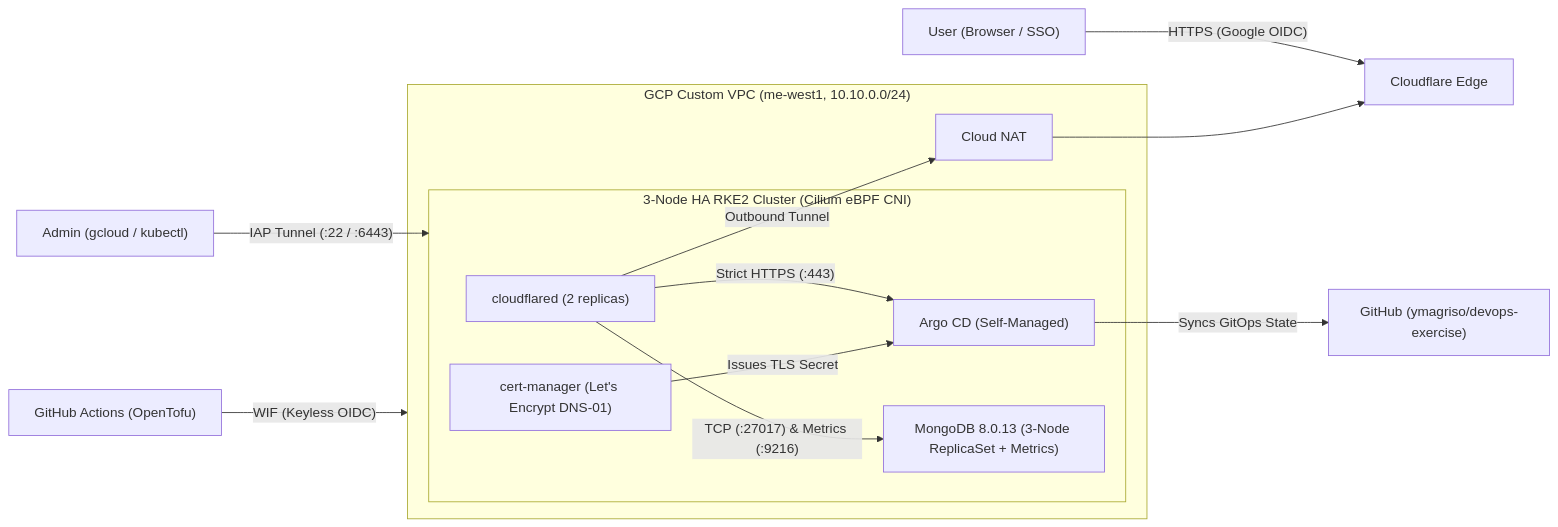
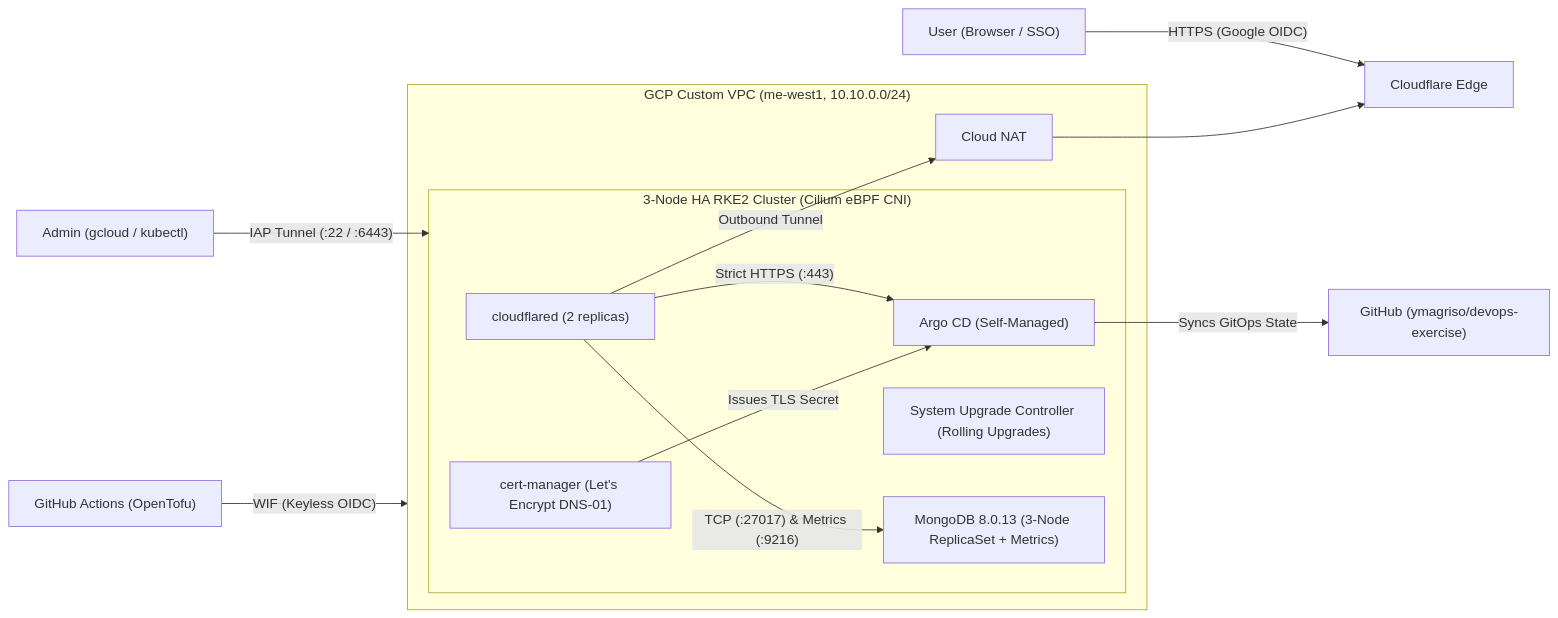
One commit to ymagriso/devops-exercise changed the diagram in README.md. Above: the diagram before and after it, drawn with Mermaid. The commit also changed other lines of this file and 3 other files, not shown here.

Commit message:
docs: document System Upgrade Controller, rolling upgrades, and VM guardrails (#43)

````diff
--- a/README.md
+++ b/README.md
@@ -11,22 +11,23 @@
 ```mermaid
 flowchart LR
     Admin["Admin (gcloud / kubectl)"] -->|"IAP Tunnel (:22 / :6443)"| RKE2
     User["User (Browser / SSO)"] -->|"HTTPS (Google OIDC)"| CF["Cloudflare Edge"]
     CI["GitHub Actions (OpenTofu)"] -->|"WIF (Keyless OIDC)"| GCP
     subgraph GCP["GCP Custom VPC (me-west1, 10.10.0.0/24)"]
         NAT["Cloud NAT"]
         subgraph RKE2["3-Node HA RKE2 Cluster (Cilium eBPF CNI)"]
             CFD["cloudflared (2 replicas)"]
             Argo["Argo CD (Self-Managed)"]
             CM["cert-manager (Let's Encrypt DNS-01)"]
+            SUC["System Upgrade Controller (Rolling Upgrades)"]
             Mongo["MongoDB 8.0.13 (3-Node ReplicaSet + Metrics)"]
         end
     end
     GH["GitHub (ymagriso/devops-exercise)"]
 
     CFD -->|"Outbound Tunnel"| NAT --> CF
     CFD -->|"Strict HTTPS (:443)"| Argo
     CFD -->|"TCP (:27017) & Metrics (:9216)"| Mongo
     CM -->|"Issues TLS Secret"| Argo
     Argo -->|"Syncs GitOps State"| GH
 ```
````
